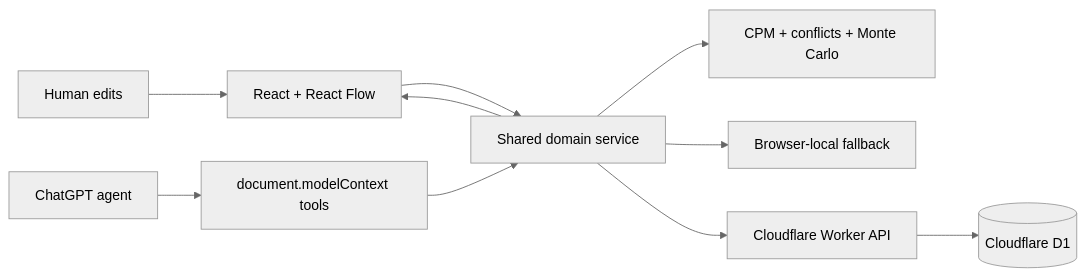
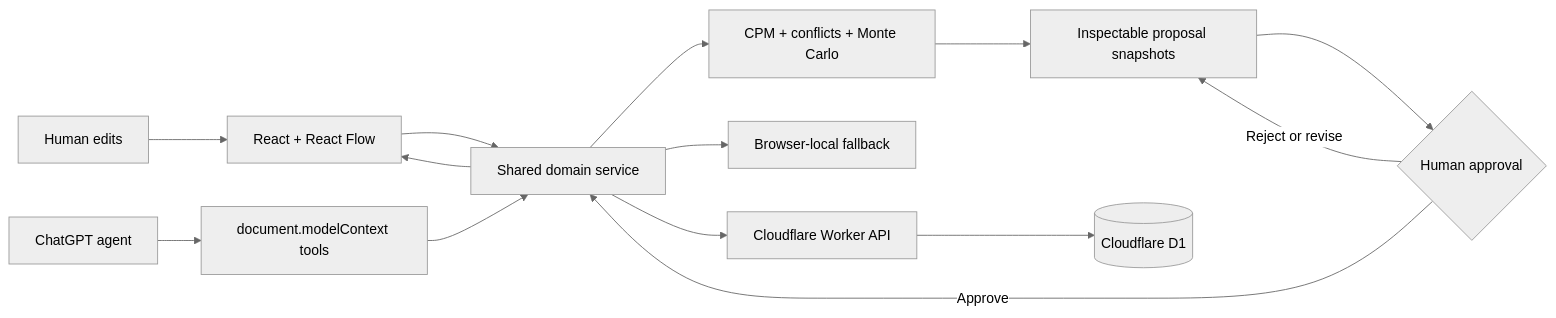
The diagram in README.md (Rylogix/thread), drawn with Mermaid (neutral theme) before and after one commit. The commit also changed other lines of this file and 44 other files, not shown here.

````diff
--- a/README.md
+++ b/README.md
@@ -28,12 +31,16 @@
 ```mermaid
 flowchart LR
   Human[Human edits] --> UI[React + React Flow]
   Agent[ChatGPT agent] --> MCP[document.modelContext tools]
   UI --> Service[Shared domain service]
   MCP --> Service
   Service --> Engine[CPM + conflicts + Monte Carlo]
+  Engine --> Proposal[Inspectable proposal snapshots]
+  Proposal --> Approval{Human approval}
+  Approval -->|Approve| Service
+  Approval -->|Reject or revise| Proposal
   Service --> Local[Browser-local fallback]
   Service --> API[Cloudflare Worker API]
   API --> D1[(Cloudflare D1)]
   Service --> UI
 ```
````
